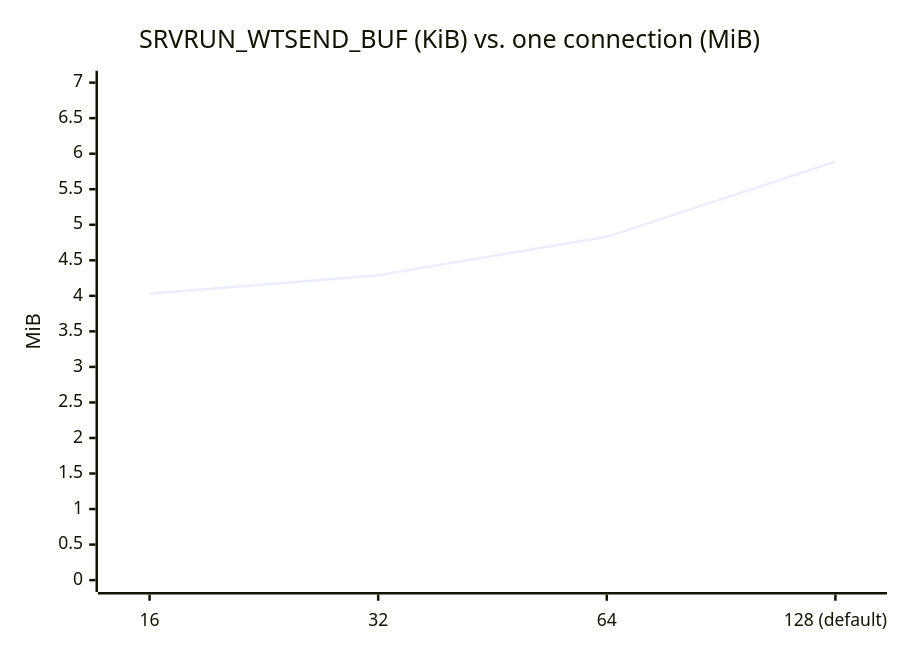
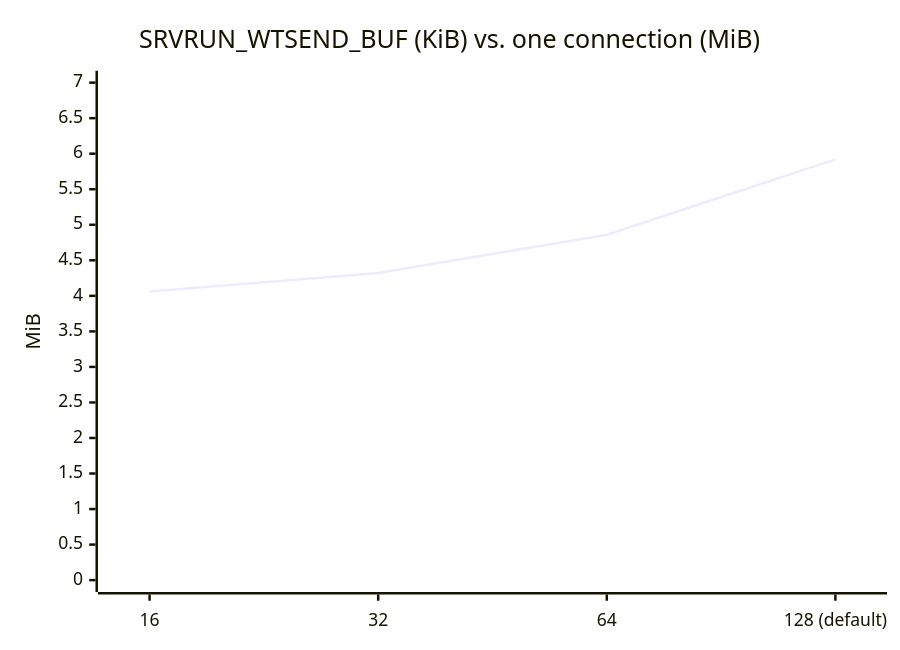
One commit to Hakkadaikon/wired changed the third of 9 diagrams in docs/arch/memory.md. Above: the diagram before and after it, drawn with Mermaid. The commit also changed other lines of this file and 7 other files, not shown here.

````diff
--- a/docs/arch/memory.md
+++ b/docs/arch/memory.md
@@ -115,7 +115,7 @@
 ```mermaid
 xychart-beta
     title "SRVRUN_WTSEND_BUF (KiB) vs. one connection (MiB)"
     x-axis ["16", "32", "64", "128 (default)"]
     y-axis "MiB" 0 --> 7
-    line [4.03, 4.29, 4.83, 5.89]
+    line [4.06, 4.32, 4.86, 5.92]
 ```
````
